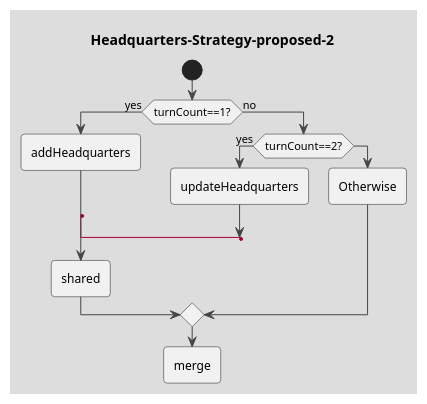
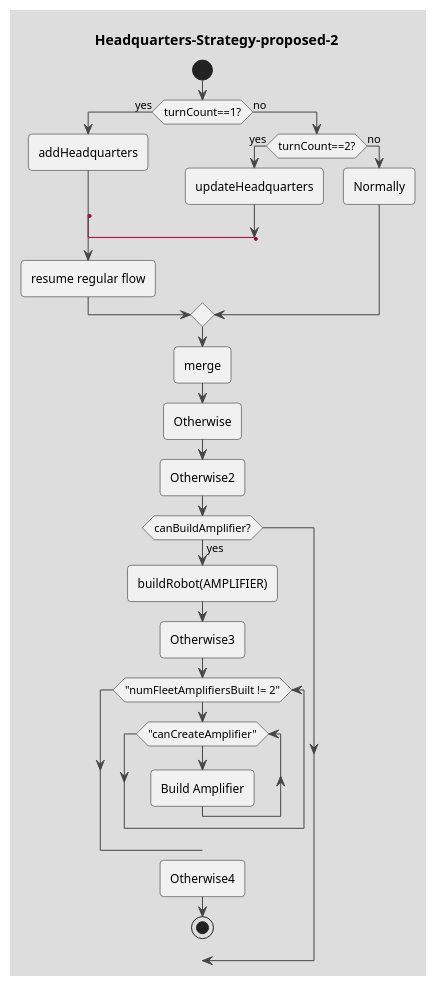
The diagram in drawings/Headquarters-Strategy-proposed-2.puml (coding-to-music/plantuml-diagram-examples), drawn with PlantUML before and after one commit. The commit also changed other lines of this file and 1 other file, not shown here.

```diff
--- a/drawings/Headquarters-Strategy-proposed-2.puml
+++ b/drawings/Headquarters-Strategy-proposed-2.puml
@@ -1,24 +1,39 @@
 @startuml Headquarters-Strategy-proposed-2
 !theme toy 
 title Headquarters-Strategy-proposed-2
 
 start
 if (turnCount==1?) then (yes)
 :addHeadquarters;
 'space label only for alignment
 label sp_lab0
 label sp_lab1
 'real label
 label lab
-:shared;
+:resume regular flow;
 else (no)
 if (turnCount==2?) then (yes)
 :updateHeadquarters;
 label sp_lab2
 goto sp_lab1
-else
-:Otherwise;
+else (no)
+:Normally;
 endif
 endif
 :merge;
+:Otherwise;
+' if "canBuildAnchor" then -left->[true] "buildAnchor(STANDARD)";
+:Otherwise2;
+if (canBuildAmplifier?) then (yes)
+:buildRobot(AMPLIFIER);
+:Otherwise3;
+    while ("numFleetAmplifiersBuilt != 2")
+        while ("canCreateAmplifier") 
+        :Build Amplifier;            
+        endwhile  
+    endwhile  
+    detach
+:Otherwise4;
+
+stop
 @enduml
```
